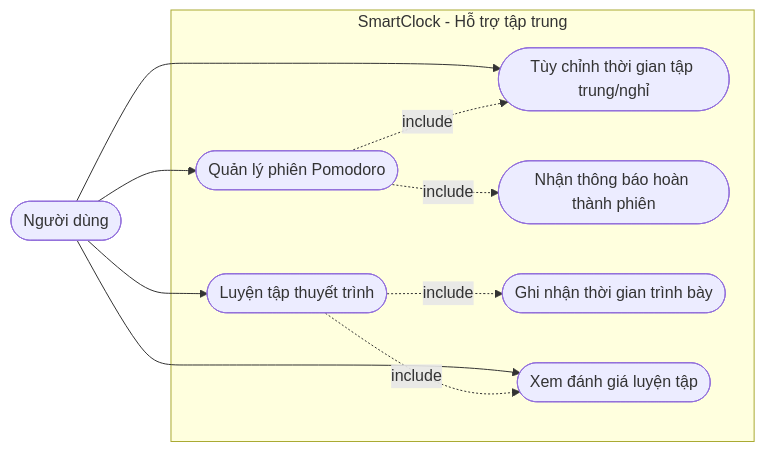
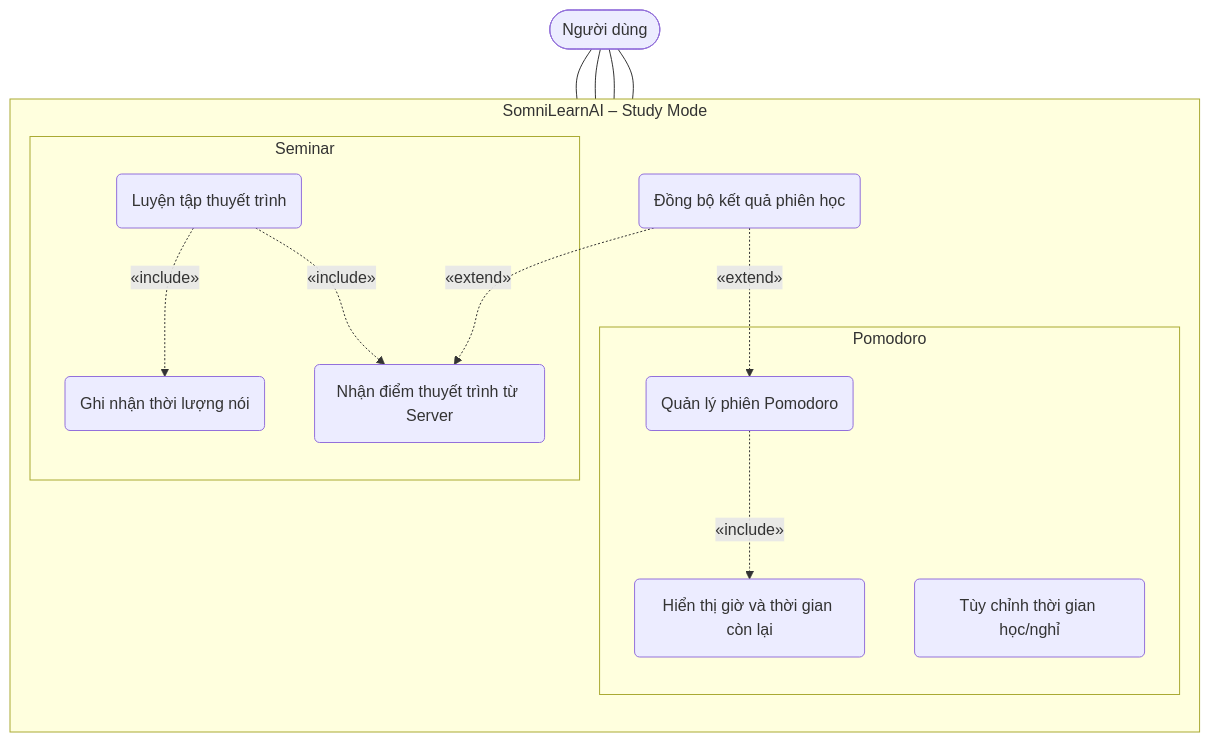
One commit to Computer-Vision-HCMUS/AIoT-Server changed the second of 10 diagrams in docs/Spectification/SmartClock/03_Objectives.md. Above: the diagram before and after it, drawn with Mermaid. The commit also changed other lines of this file and 60 other files, not shown here.

Commit message:
Add new images for SmartClock presentation, remove outdated images, and introduce initial documentation for SomniLearnAI specifications, including objectives, architecture, and Edge AI functionalities.

````diff
--- a/docs/Spectification/SmartClock/03_Objectives.md
+++ b/docs/Spectification/SmartClock/03_Objectives.md
@@ -44,22 +70,30 @@
 ```mermaid
-flowchart LR
-    User([Người dùng])
+flowchart TD
+    User(["Người dùng"])
 
-    subgraph SmartClock["SmartClock - Hỗ trợ tập trung"]
-        UC1([Quản lý phiên Pomodoro])
-        UC2([Tùy chỉnh thời gian tập trung/nghỉ])
-        UC3([Nhận thông báo hoàn thành phiên])
-        UC4([Luyện tập thuyết trình])
-        UC5([Ghi nhận thời gian trình bày])
-        UC6([Xem đánh giá luyện tập])
+    subgraph Device["SomniLearnAI – Study Mode"]
+        direction TB
+        subgraph GRP_POMO["Pomodoro"]
+            UC1("Quản lý phiên Pomodoro")
+            UC2("Tùy chỉnh thời gian học/nghỉ")
+            UC3("Hiển thị giờ và thời gian còn lại")
+        end
+        subgraph GRP_SEMI["Seminar"]
+            UC4("Luyện tập thuyết trình")
+            UC5("Ghi nhận thời lượng nói")
+            UC6("Nhận điểm thuyết trình từ Server")
+        end
+        UC7("Đồng bộ kết quả phiên học")
     end
 
-    User --> UC1
-    User --> UC2
-    User --> UC4
-    User --> UC6
-    UC1 -. include .-> UC2
-    UC1 -. include .-> UC3
-    UC4 -. include .-> UC5
-    UC4 -. include .-> UC6
+    User --- UC1
+    User --- UC2
+    User --- UC4
+    User --- UC6
+
+    UC1 -. "«include»" .-> UC3
+    UC7 -. "«extend»" .-> UC1
+    UC4 -. "«include»" .-> UC5
+    UC4 -. "«include»" .-> UC6
+    UC7 -. "«extend»" .-> UC6
 ```
````
